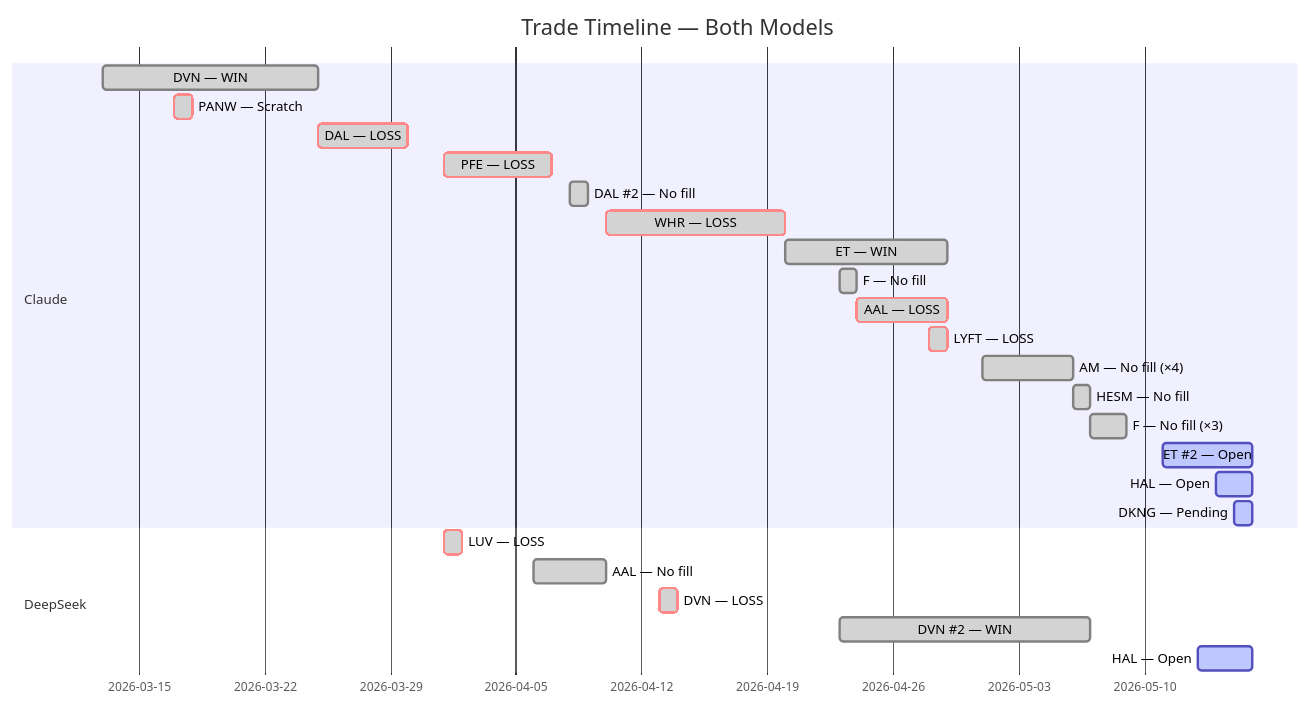
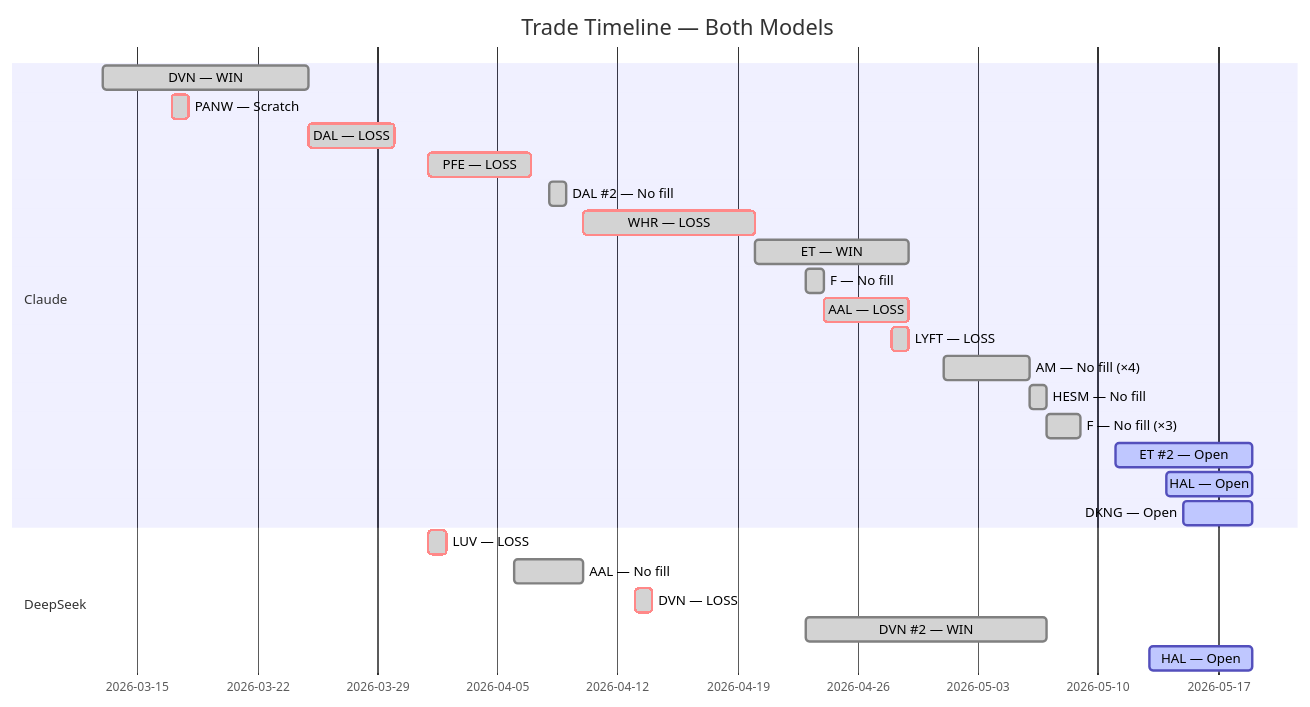
The fifth of 5 diagrams in README.md (zachisit/ai-auto-buy-thesis), drawn with Mermaid before and after one commit. The commit also changed other lines of this file and 2 other files, not shown here.

````diff
--- a/README.md
+++ b/README.md
@@ -63,28 +63,28 @@
 ```mermaid
 gantt
     title Trade Timeline — Both Models
     dateFormat YYYY-MM-DD
     section Claude
     DVN — WIN            :done,    2026-03-13, 2026-03-25
     PANW — Scratch       :crit, done, 2026-03-17, 2026-03-18
     DAL — LOSS           :crit, done, 2026-03-25, 2026-03-30
     PFE — LOSS           :crit, done, 2026-04-01, 2026-04-07
     DAL #2 — No fill     :done,    2026-04-08, 2026-04-09
     WHR — LOSS           :crit, done, 2026-04-10, 2026-04-20
     ET — WIN             :done,    2026-04-20, 2026-04-29
     F — No fill          :done,    2026-04-23, 2026-04-24
     AAL — LOSS           :crit, done, 2026-04-24, 2026-04-29
     LYFT — LOSS          :crit, done, 2026-04-28, 2026-04-29
     AM — No fill (×4)    :done,    2026-05-01, 2026-05-06
     HESM — No fill       :done,    2026-05-06, 2026-05-07
     F — No fill (×3)     :done,    2026-05-07, 2026-05-09
-    ET #2 — Open         :active,  2026-05-11, 2026-05-16
-    HAL — Open           :active,  2026-05-14, 2026-05-16
-    DKNG — Pending       :active,  2026-05-15, 2026-05-16
+    ET #2 — Open         :active,  2026-05-11, 2026-05-19
+    HAL — Open           :active,  2026-05-14, 2026-05-19
+    DKNG — Open          :active,  2026-05-15, 2026-05-19
     section DeepSeek
     LUV — LOSS           :crit, done, 2026-04-01, 2026-04-02
     AAL — No fill        :done,    2026-04-06, 2026-04-10
     DVN — LOSS           :crit, done, 2026-04-13, 2026-04-14
     DVN #2 — WIN         :done,    2026-04-23, 2026-05-07
-    HAL — Open           :active,  2026-05-13, 2026-05-16
+    HAL — Open           :active,  2026-05-13, 2026-05-19
 ```
````
